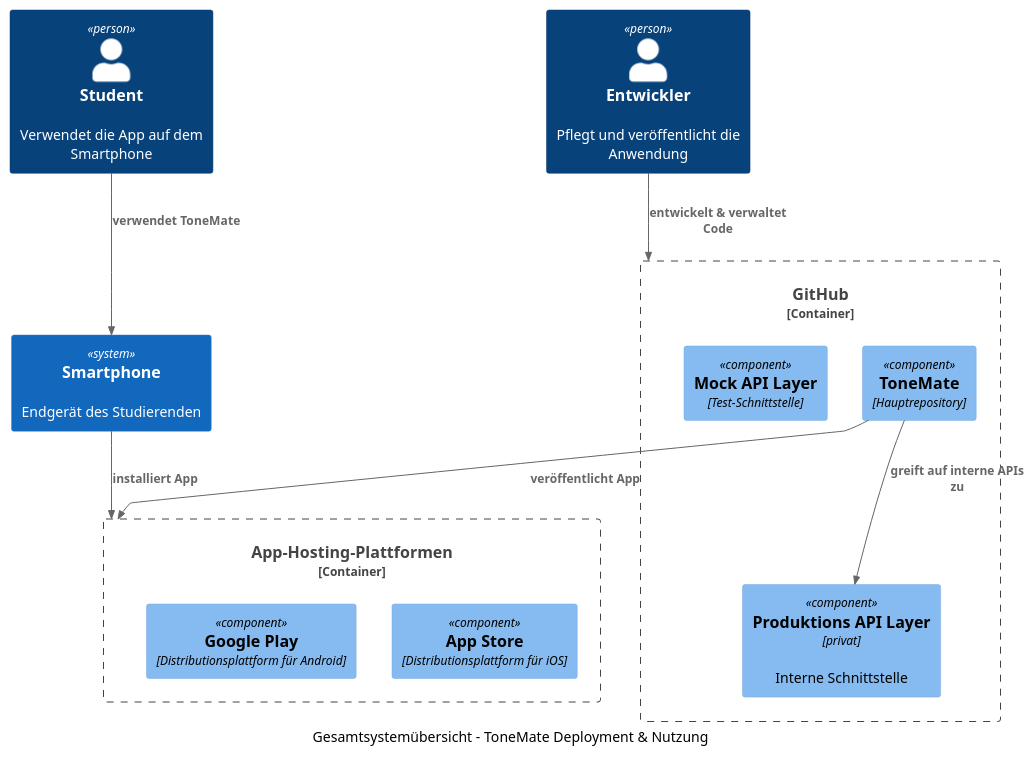
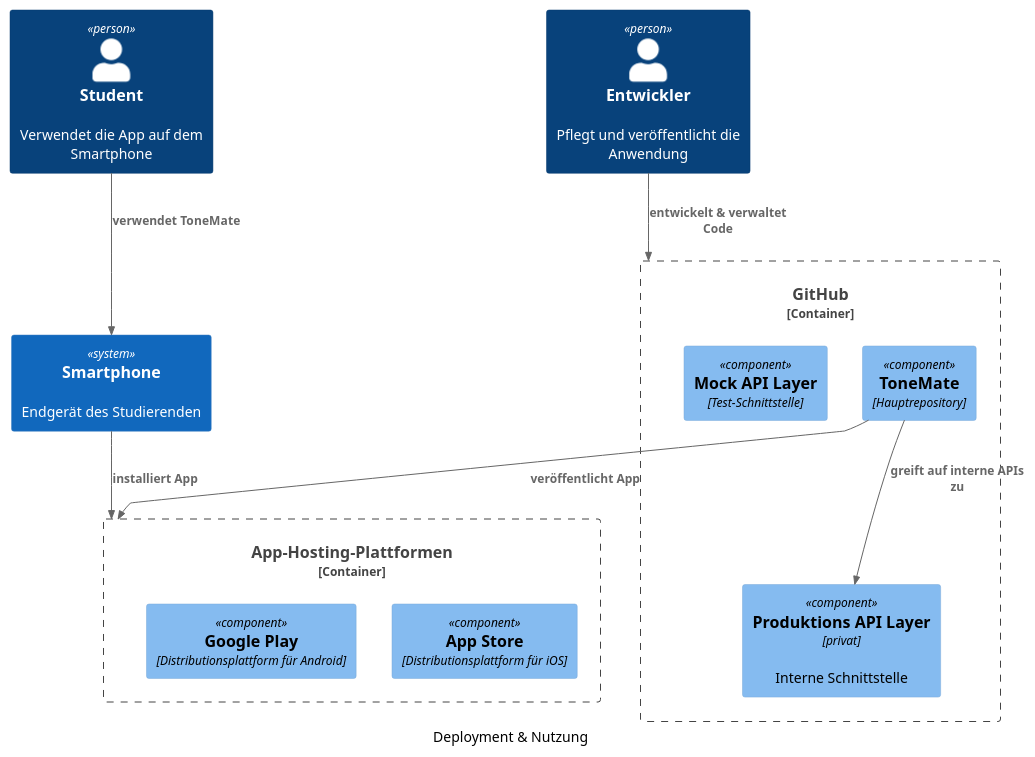
The diagram in diagrams/deployment.puml (BB223/sw-architecture), drawn with PlantUML before and after one commit. The commit also changed 18 other files, not shown here.

```diff
--- a/diagrams/deployment.puml
+++ b/diagrams/deployment.puml
@@ -1,33 +1,33 @@
 @startuml
 !include <C4/C4_Component>
 
-caption Gesamtsystemübersicht – ToneMate Deployment & Nutzung
+caption Deployment & Nutzung
 
 ' Personen
 Person(student, "Student", "Verwendet die App auf dem Smartphone")
 Person(entw, "Entwickler", "Pflegt und veröffentlicht die Anwendung")
 
 ' Hosting Plattformen
 Container_Boundary(stores, "App-Hosting-Plattformen") {
   Component(appStore, "App Store", "Distributionsplattform für iOS")
   Component(playStore, "Google Play", "Distributionsplattform für Android")
 }
 
 ' GitHub-Projekte
 Container_Boundary(github, "GitHub") {
   Component(repo1, "ToneMate", "Hauptrepository")
   Component(repo2, "Produktions API Layer", "Interne Schnittstelle", $techn = "privat")
   Component(repo3, "Mock API Layer", "Test-Schnittstelle")
 }
 
 ' Weitere Systeme
 System(handy, "Smartphone", "Endgerät des Studierenden")
 
 ' Beziehungen (klar gerichtet)
 Rel(entw, github, "entwickelt & verwaltet Code")
 Rel(repo1, repo2, "greift auf interne APIs zu")
 Rel(repo1, stores, "veröffentlicht App")
 Rel(handy, stores, "installiert App")
 Rel(student, handy, "verwendet ToneMate")
 
 @enduml
```
